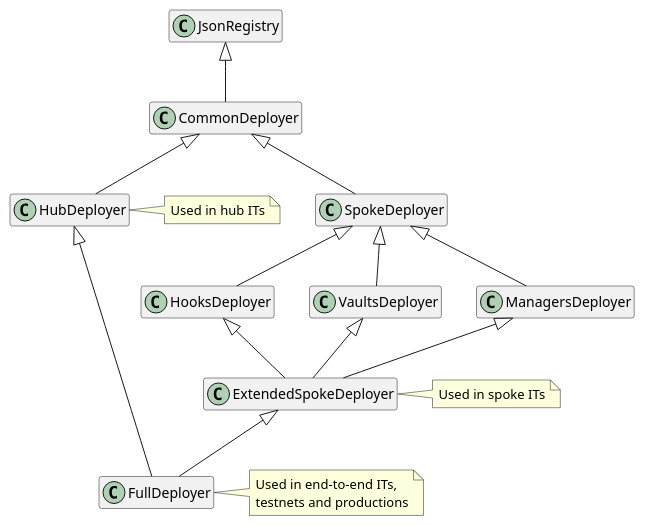
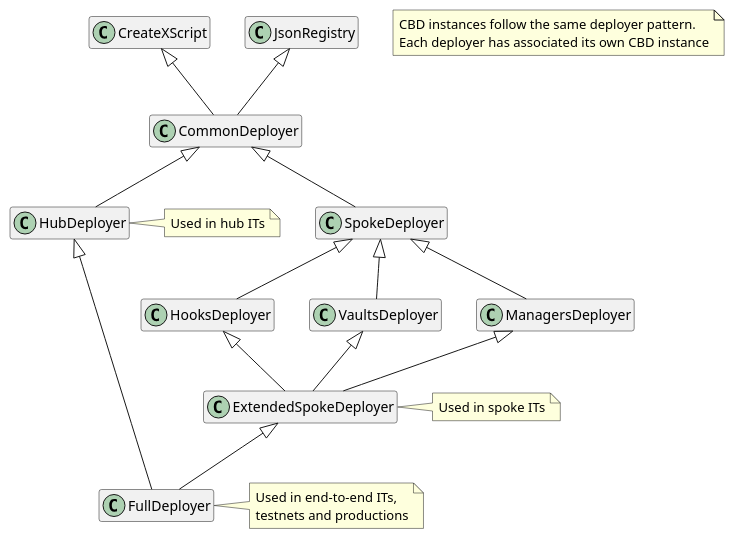
One commit to centrifuge/protocol changed the diagram in docs/architecture/deployers.puml. Above: the diagram before and after it, drawn with PlantUML. The commit also changed 8 other files, not shown here.

Commit message:
Add CBD instances

```diff
--- a/docs/architecture/deployers.puml
+++ b/docs/architecture/deployers.puml
@@ -1,33 +1,38 @@
 @startuml
 hide empty members
 
+note "CBD instances follow the same deployer pattern.\nEach deployer has associated its own CBD instance" as N1
+
 class JsonRegistry
+class CreateXScript
+
 class CommonDeployer
 class HubDeployer
 class SpokeDeployer
 class FullDeployer
 
 class ManagersDeployer
 class VaultsDeployer
 class HooksDeployer
 class ExtendedSpokeDeployer
 
 CommonDeployer -up-|> JsonRegistry
+CommonDeployer -up-|> CreateXScript
 HubDeployer -up-|> CommonDeployer
 SpokeDeployer -up-|> CommonDeployer
 
 ManagersDeployer -up-|> SpokeDeployer
 VaultsDeployer -up-|> SpokeDeployer
 HooksDeployer -up-|> SpokeDeployer
 
 ExtendedSpokeDeployer -up-|> ManagersDeployer
 ExtendedSpokeDeployer -up-|> VaultsDeployer
 ExtendedSpokeDeployer -up-|> HooksDeployer
 
 FullDeployer -up---|> HubDeployer
 FullDeployer -up-|> ExtendedSpokeDeployer
 
 note right of ExtendedSpokeDeployer: Used in spoke ITs
 note right of HubDeployer: Used in hub ITs
 note right of FullDeployer: Used in end-to-end ITs,\ntestnets and productions
 @enduml
```
